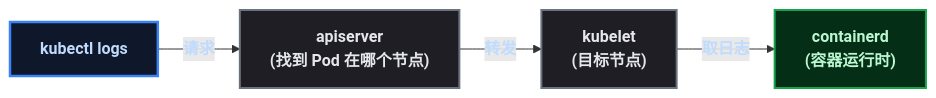
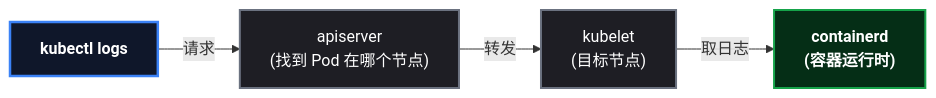
One commit to yaocat55/yaocat55.github.io changed the third of 3 diagrams in content/posts/kubernetes/K8sComponentsDeepDive.md. Above: the diagram before and after it, drawn with Mermaid. The commit also changed other lines of this file and 27 other files, not shown here.

Commit message:
docs: 全系列 93 张 Mermaid 图 classDef 改为 style 强制深底白字(修复部分渲染器白底浅字)+历史文件格式清理

````diff
--- a/content/posts/kubernetes/K8sComponentsDeepDive.md
+++ b/content/posts/kubernetes/K8sComponentsDeepDive.md
@@ -198,20 +206,17 @@
 ```mermaid
 %% 读路径: logs 命令的完整链路
 flowchart LR
-    classDef root fill:#0f172a,stroke:#3b82f6,stroke-width:2.5px,color:#bfdbfe,font-weight:bold;
-    classDef process fill:#1e1e24,stroke:#6b7280,stroke-width:2px,color:#e5e7eb;
-    classDef data fill:#052e16,stroke:#16a34a,stroke-width:2px,color:#bbf7d0,font-weight:bold;
 
     K["kubectl logs"]
     API["apiserver\n(找到 Pod 在哪个节点)"]
     KL["kubelet\n(目标节点)"]
     CT["containerd\n(容器运行时)"]
 
     K -->|"请求"| API
     API -->|"转发"| KL
     KL -->|"取日志"| CT
-
-    class K root;
-    class API,KL process;
-    class CT data;
+    style K fill:#0f172a,stroke:#3b82f6,stroke-width:2.5px,color:#ffffff,font-weight:bold
+    style API fill:#1e1e24,stroke:#6b7280,stroke-width:2px,color:#ffffff
+    style KL fill:#1e1e24,stroke:#6b7280,stroke-width:2px,color:#ffffff
+    style CT fill:#052e16,stroke:#16a34a,stroke-width:2px,color:#ffffff,font-weight:bold
 ```
````
